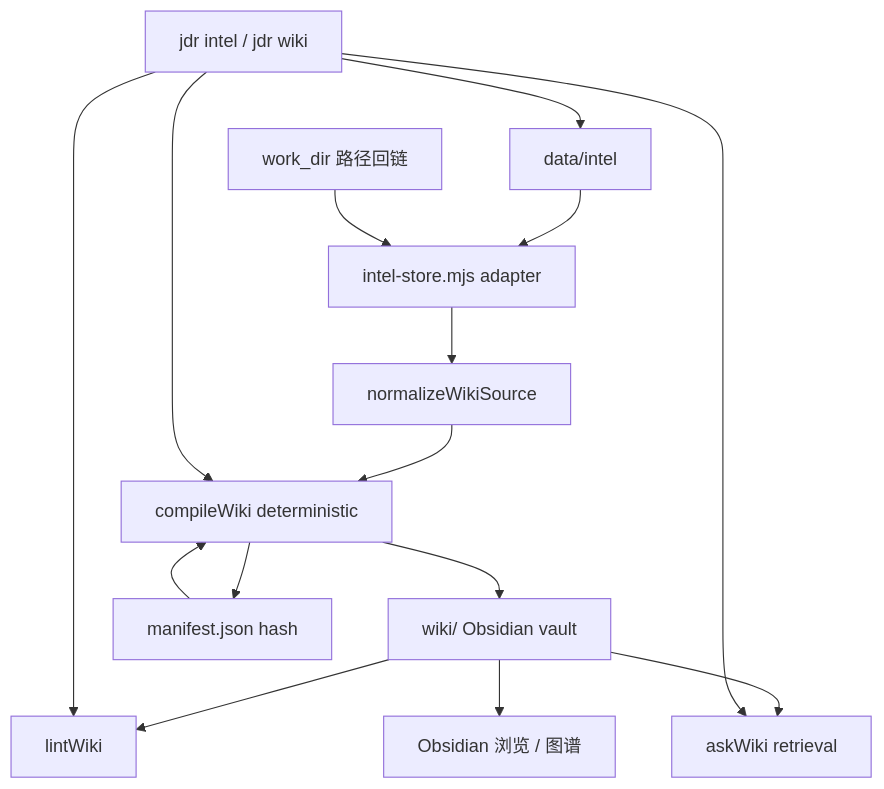
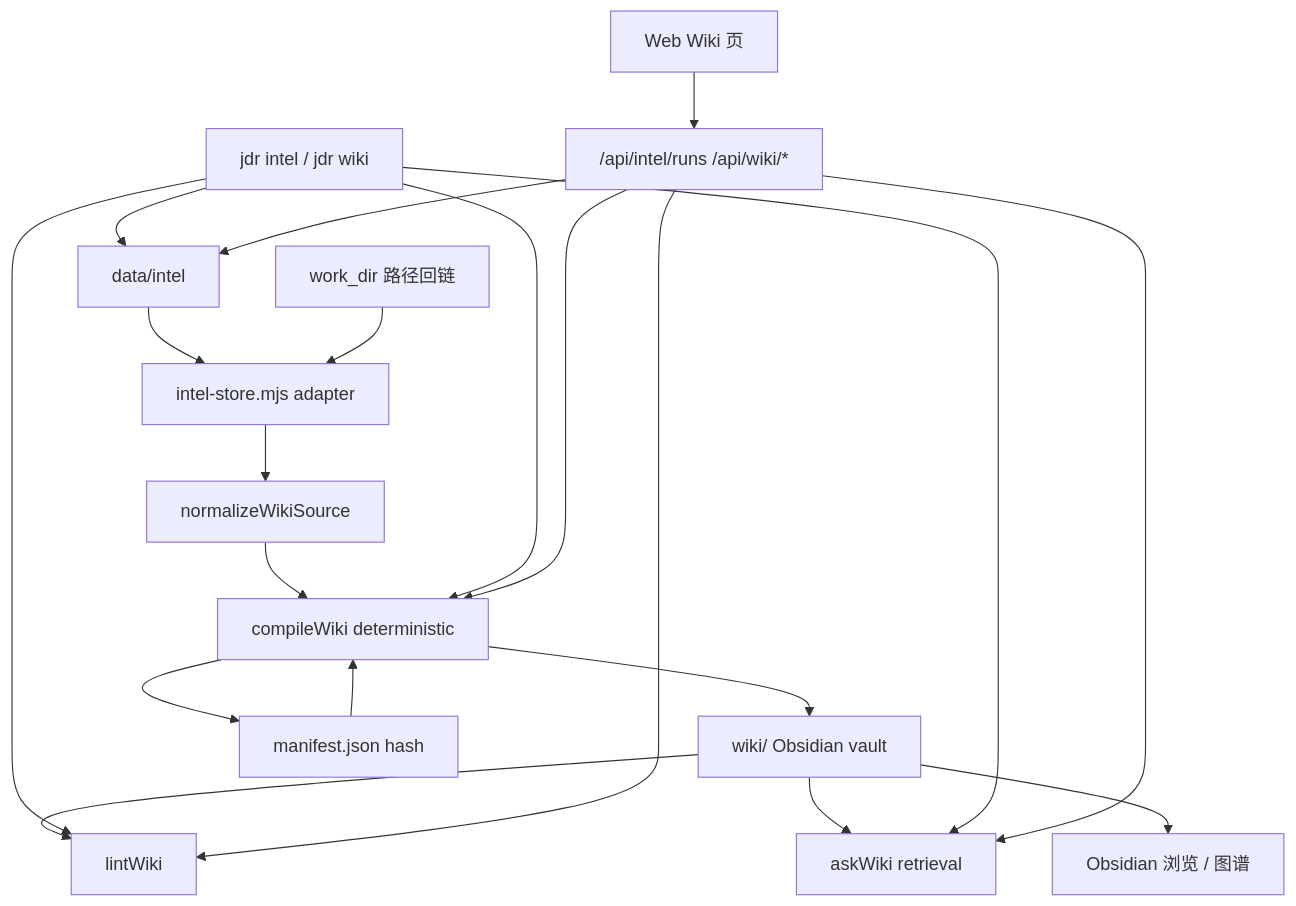
The diagram in journal/2026-05-26/js-wiki-engine.md (imjszhang/js-deepresearch-agent), drawn with Mermaid before and after one commit. The commit also changed other lines of this file and 14 other files, not shown here.

First line of the commit message:
Implement Web UI for Wiki page with API integration

````diff
--- a/journal/2026-05-26/js-wiki-engine.md
+++ b/journal/2026-05-26/js-wiki-engine.md
@@ -70,17 +70,22 @@
 ```mermaid
 flowchart TD
   IntelStore["data/intel"] --> Adapter["intel-store.mjs adapter"]
   WorkDir["work_dir 路径回链"] --> Adapter
   Adapter --> Normalized["normalizeWikiSource"]
   Normalized --> Compiler["compileWiki deterministic"]
   Compiler --> Vault["wiki/ Obsidian vault"]
   Manifest["manifest.json hash"] --> Compiler
   Compiler --> Manifest
   Vault --> Lint["lintWiki"]
   Vault --> Ask["askWiki retrieval"]
   Vault --> Obsidian["Obsidian 浏览 / 图谱"]
   CLI["jdr intel / jdr wiki"] --> IntelStore
   CLI --> Compiler
   CLI --> Lint
   CLI --> Ask
+  Web["Web Wiki 页"] --> API["/api/intel/runs /api/wiki/*"]
+  API --> IntelStore
+  API --> Compiler
+  API --> Lint
+  API --> Ask
 ```
````
